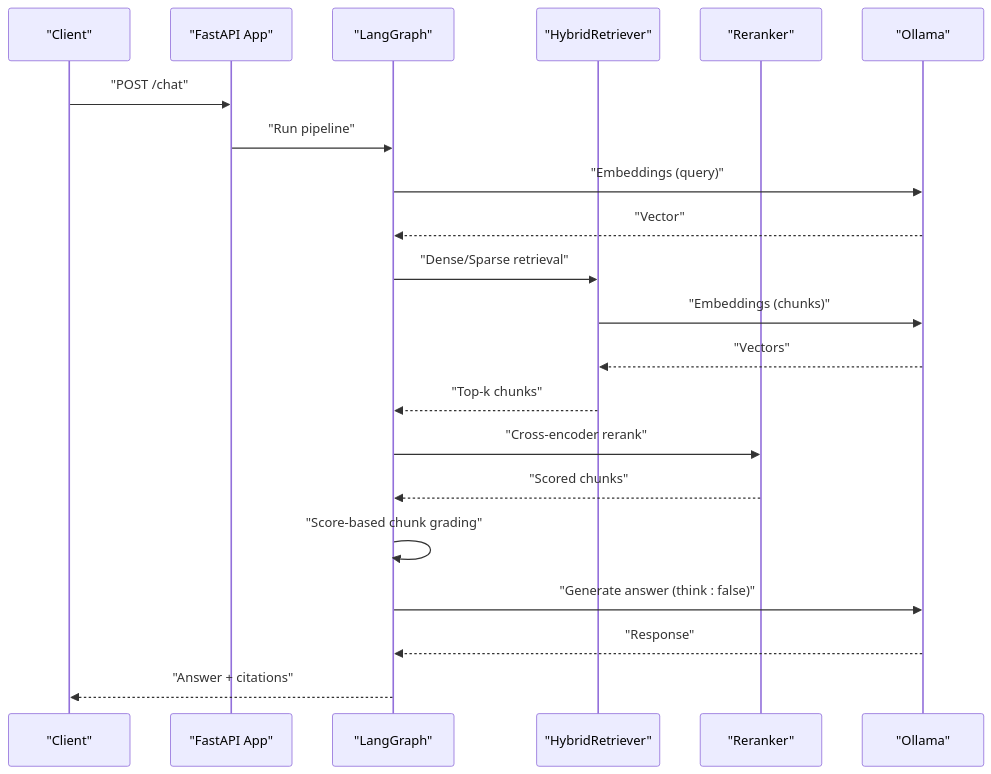
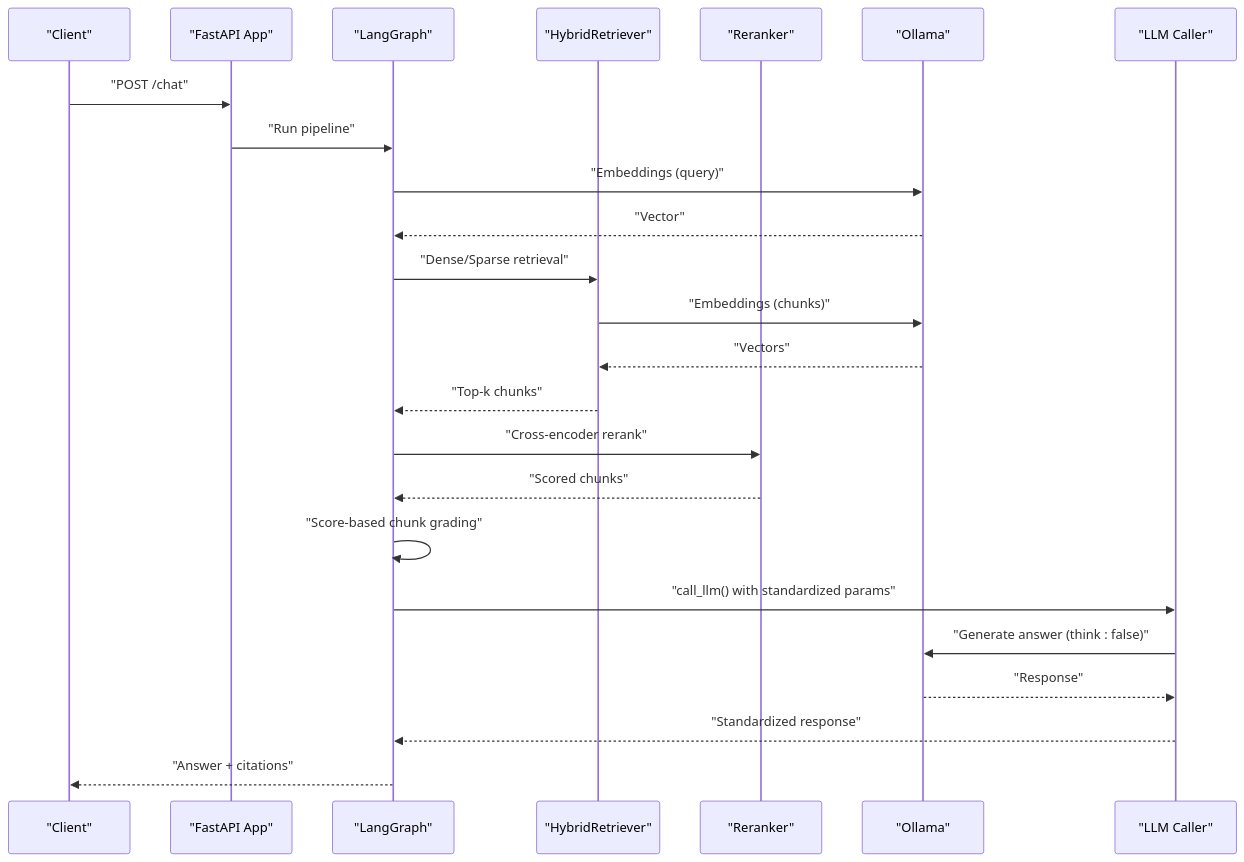
The second of 11 diagrams in .qoder/repowiki/en/content/AI Agent Pipeline/LLM Integration and Ollama.md (genes8/private-ai), drawn with Mermaid before and after one commit. The commit also changed other lines of this file and 55 other files, not shown here.

````diff
--- a/.qoder/repowiki/en/content/AI Agent Pipeline/LLM Integration and Ollama.md
+++ b/.qoder/repowiki/en/content/AI Agent Pipeline/LLM Integration and Ollama.md
@@ -136,23 +153,26 @@
 ```mermaid
 sequenceDiagram
 participant Client as "Client"
 participant App as "FastAPI App"
 participant Graph as "LangGraph"
 participant Ret as "HybridRetriever"
 participant Rerank as "Reranker"
 participant Ollama as "Ollama"
+participant LLM as "LLM Caller"
 Client->>App : "POST /chat"
 App->>Graph : "Run pipeline"
 Graph->>Ollama : "Embeddings (query)"
 Ollama-->>Graph : "Vector"
 Graph->>Ret : "Dense/Sparse retrieval"
 Ret->>Ollama : "Embeddings (chunks)"
 Ollama-->>Ret : "Vectors"
 Ret-->>Graph : "Top-k chunks"
 Graph->>Rerank : "Cross-encoder rerank"
 Rerank-->>Graph : "Scored chunks"
 Graph->>Graph : "Score-based chunk grading"
-Graph->>Ollama : "Generate answer (think : false)"
-Ollama-->>Graph : "Response"
+Graph->>LLM : "call_llm() with standardized params"
+LLM->>Ollama : "Generate answer (think : false)"
+Ollama-->>LLM : "Response"
+LLM-->>Graph : "Standardized response"
 Graph-->>Client : "Answer + citations"
 ```
````
